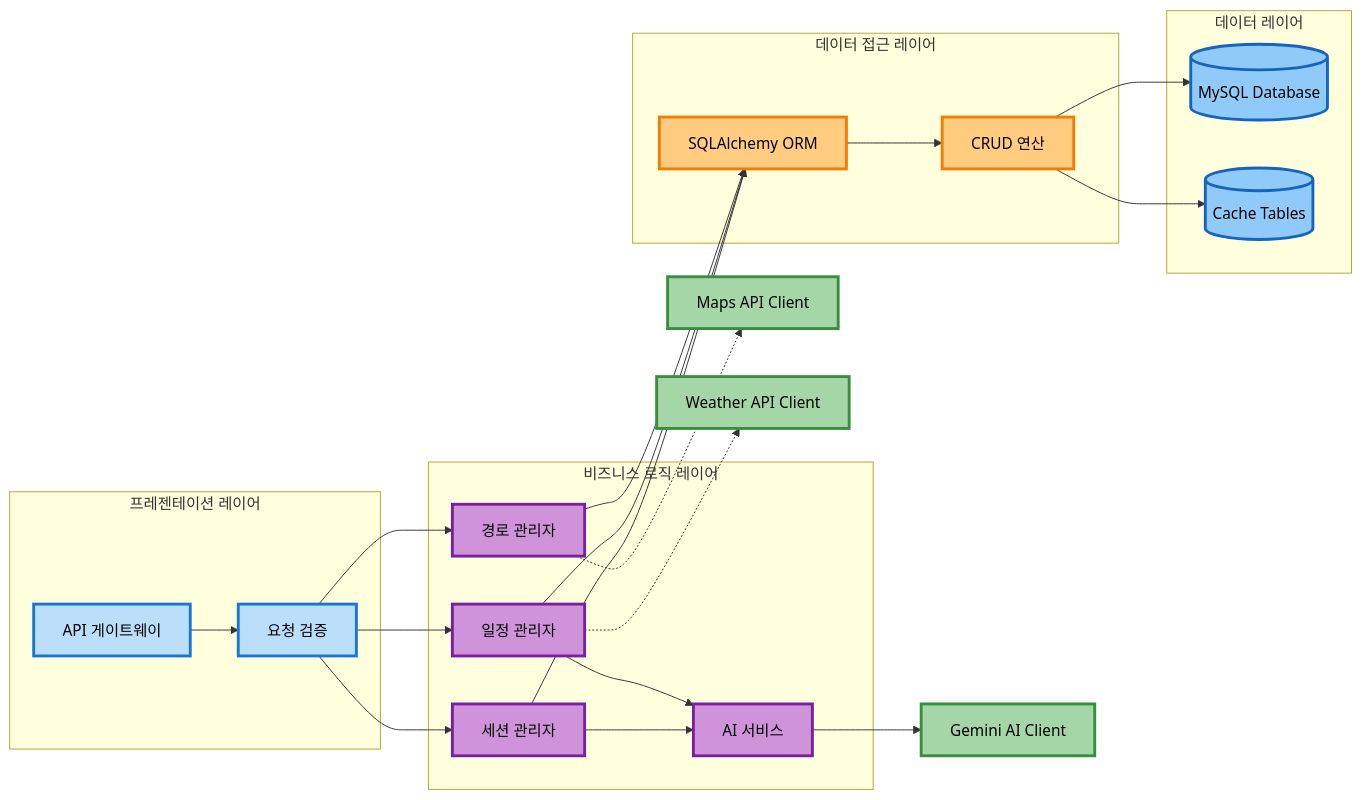
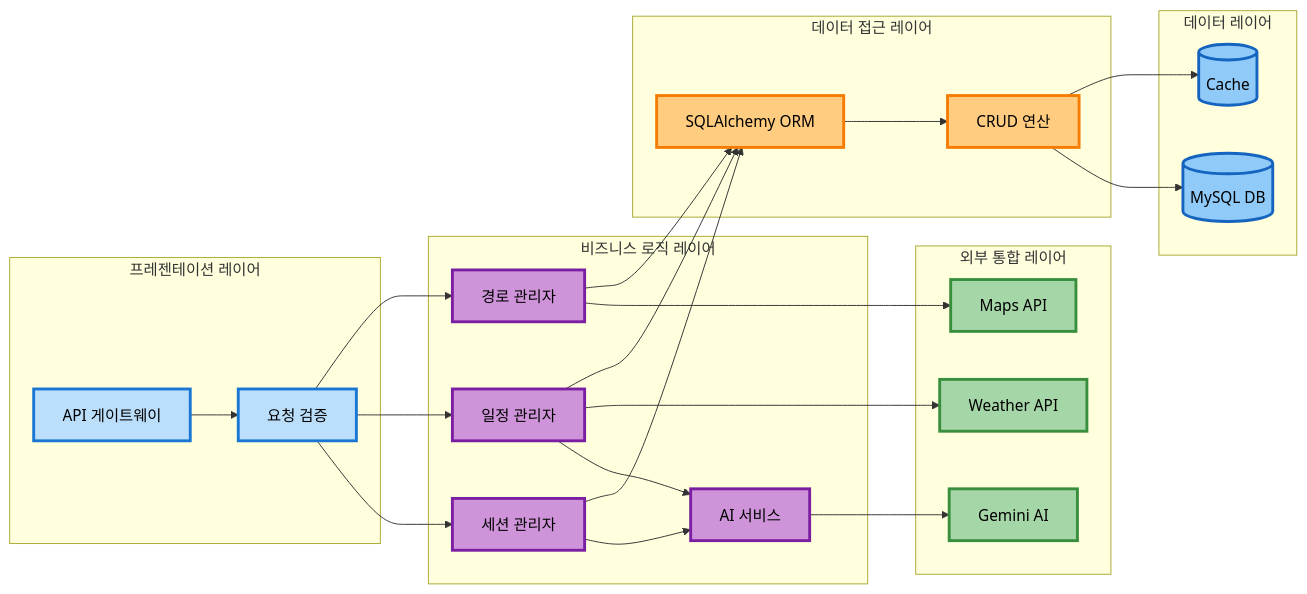
Before and after one commit to Sjoneon/DaySync: the diagram in docs/architecture/Design_Backend_architecture.md, drawn with Mermaid.

Commit message:
Refactor architecture diagram for clarity and structure

````diff
--- a/docs/architecture/Design_Backend_architecture.md
+++ b/docs/architecture/Design_Backend_architecture.md
@@ -13,62 +13,64 @@
 ```mermaid
   graph LR
-      subgraph Layer1["프레젠테이션 레이어"]
+      subgraph presentation["프레젠테이션 레이어"]
           A[API 게이트웨이]
           B[요청 검증]
       end
       
-      subgraph Layer2["비즈니스 로직 레이어"]
+      subgraph business["비즈니스 로직 레이어"]
           C[세션 관리자]
           D[일정 관리자]
           E[경로 관리자]
           F[AI 서비스]
       end
       
-      subgraph Layer3["데이터 접근 레이어"]
+      subgraph dataAccess["데이터 접근 레이어"]
           G[SQLAlchemy ORM]
           H[CRUD 연산]
       end
       
-      I[Gemini AI Client]
-      J[Maps API Client]
-      K[Weather API Client]
+      subgraph external["외부 통합 레이어"]
+          I[Gemini AI]
+          J[Maps API]
+          K[Weather API]
+      end
       
-      subgraph Layer4["데이터 레이어"]
-          L[(MySQL Database)]
-          M[(Cache Tables)]
+      subgraph data["데이터 레이어"]
+          L[(MySQL DB)]
+          M[(Cache)]
       end
       
       A --> B
       B --> C
       B --> D
       B --> E
       
       C --> F
       D --> F
+      
       F --> I
+      E --> J
+      D --> K
       
       C --> G
       D --> G
       E --> G
       
       G --> H
       H --> L
       H --> M
-      
-      E -.-> J
-      D -.-> K
       
       style A fill:#bbdefb,stroke:#1976d2,stroke-width:3px,color:#000
       style B fill:#bbdefb,stroke:#1976d2,stroke-width:3px,color:#000
       style C fill:#ce93d8,stroke:#7b1fa2,stroke-width:3px,color:#000
       style D fill:#ce93d8,stroke:#7b1fa2,stroke-width:3px,color:#000
       style E fill:#ce93d8,stroke:#7b1fa2,stroke-width:3px,color:#000
       style F fill:#ce93d8,stroke:#7b1fa2,stroke-width:3px,color:#000
       style G fill:#ffcc80,stroke:#f57c00,stroke-width:3px,color:#000
       style H fill:#ffcc80,stroke:#f57c00,stroke-width:3px,color:#000
       style I fill:#a5d6a7,stroke:#388e3c,stroke-width:3px,color:#000
       style J fill:#a5d6a7,stroke:#388e3c,stroke-width:3px,color:#000
       style K fill:#a5d6a7,stroke:#388e3c,stroke-width:3px,color:#000
       style L fill:#90caf9,stroke:#1565c0,stroke-width:3px,color:#000
       style M fill:#90caf9,stroke:#1565c0,stroke-width:3px,color:#000
 ```
````
